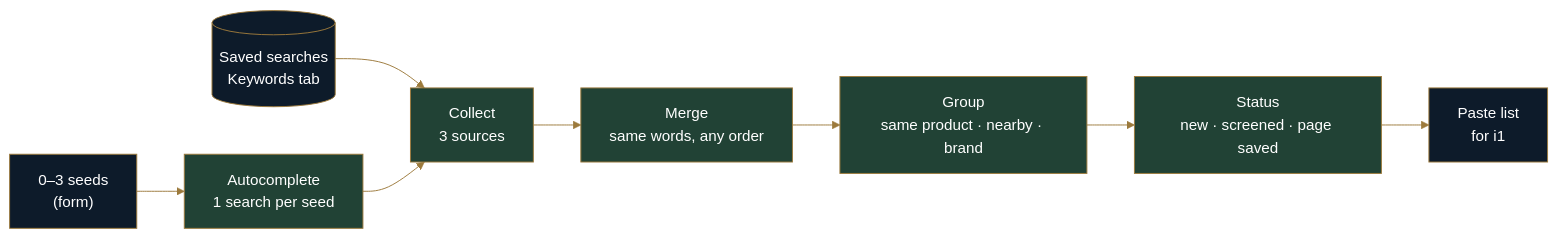
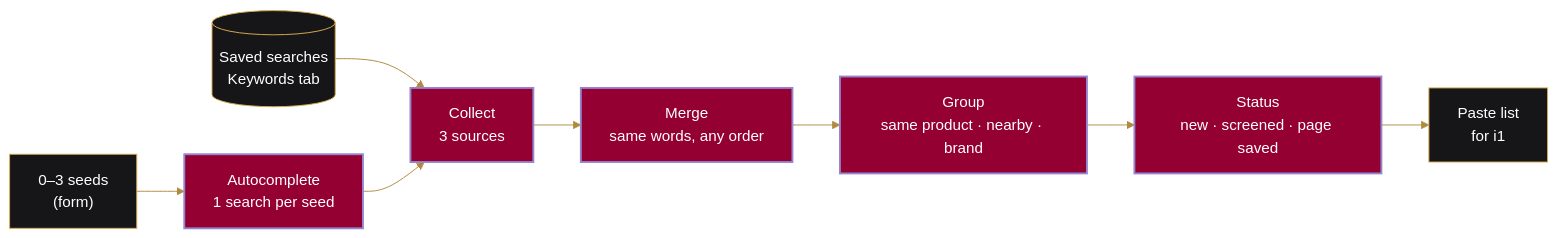
One commit to Mohib-Ur-Rehman-automation/amazon-toolkit changed the diagram in i5-next-keywords/README.md. Above: the diagram before and after it, drawn with Mermaid. The commit also changed 33 other files, not shown here.

````diff
--- a/i5-next-keywords/README.md
+++ b/i5-next-keywords/README.md
@@ -35,15 +35,15 @@
 ```mermaid
-%%{init: {'theme':'base','themeVariables':{'fontFamily':'Georgia, serif','lineColor':'#9C7A3C','textColor':'#1f2328','edgeLabelBackground':'#f7f5f2'}}}%%
+%%{init: {'theme':'base','themeVariables':{'fontFamily':'Georgia, serif','lineColor':'#B08A3E','textColor':'#1f2328','edgeLabelBackground':'#f7f5f2'}}}%%
 flowchart LR
   A["0–3 seeds<br/>(form)"] --> B["Autocomplete<br/>1 search per seed"]
   S[("Saved searches<br/>Keywords tab")] --> C
   B --> C["Collect<br/>3 sources"]
   C --> D["Merge<br/>same words, any order"]
   D --> E["Group<br/>same product · nearby · brand"]
   E --> F["Status<br/>new · screened · page saved"]
   F --> G["Paste list<br/>for i1"]
-  classDef step fill:#214235,stroke:#9C7A3C,color:#ffffff;
-  classDef io fill:#0D1B2A,stroke:#9C7A3C,color:#ffffff;
+  classDef step fill:#930031,stroke:#9485D0,stroke-width:2px,color:#ffffff;
+  classDef io fill:#161618,stroke:#DAAC53,color:#ffffff;
   class A,G,S io;
   class B,C,D,E,F step;
 ```
````
